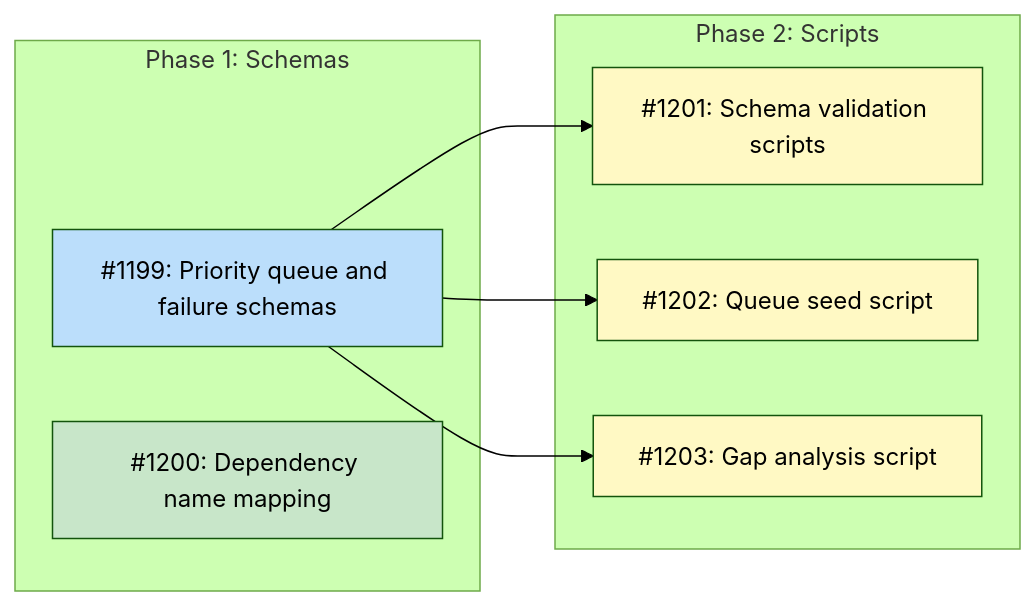
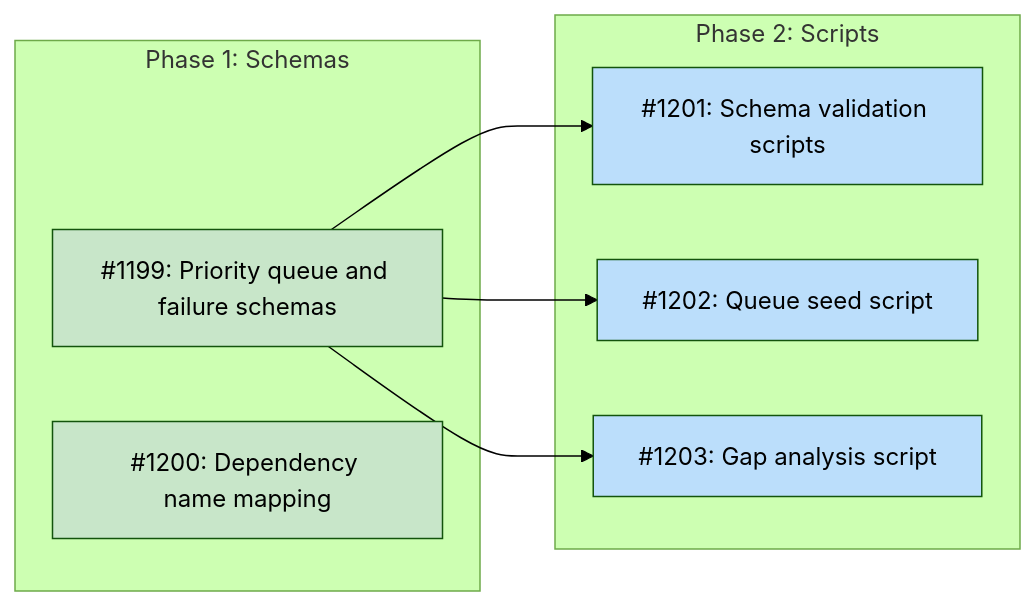
One commit to tsukumogami/tsuku changed the diagram in docs/designs/DESIGN-priority-queue.md. Above: the diagram before and after it, drawn with Mermaid (forest theme). The commit also changed other lines of this file and 6 other files, not shown here.

First line of the commit message:
feat(data): add priority queue and failure record schemas (#1219)

````diff
--- a/docs/designs/DESIGN-priority-queue.md
+++ b/docs/designs/DESIGN-priority-queue.md
@@ -28,26 +28,25 @@
 ```mermaid
 graph LR
     subgraph Phase1["Phase 1: Schemas"]
         I1199["#1199: Priority queue and failure schemas"]
         I1200["#1200: Dependency name mapping"]
     end
 
     subgraph Phase2["Phase 2: Scripts"]
         I1201["#1201: Schema validation scripts"]
         I1202["#1202: Queue seed script"]
         I1203["#1203: Gap analysis script"]
     end
 
     I1199 --> I1201
     I1199 --> I1202
     I1199 --> I1203
 
     classDef done fill:#c8e6c9
     classDef ready fill:#bbdefb
     classDef blocked fill:#fff9c4
     classDef needsDesign fill:#e1bee7
 
-    class I1200 done
-    class I1199 ready
-    class I1201,I1202,I1203 blocked
+    class I1199,I1200 done
+    class I1201,I1202,I1203 ready
 ```
````
